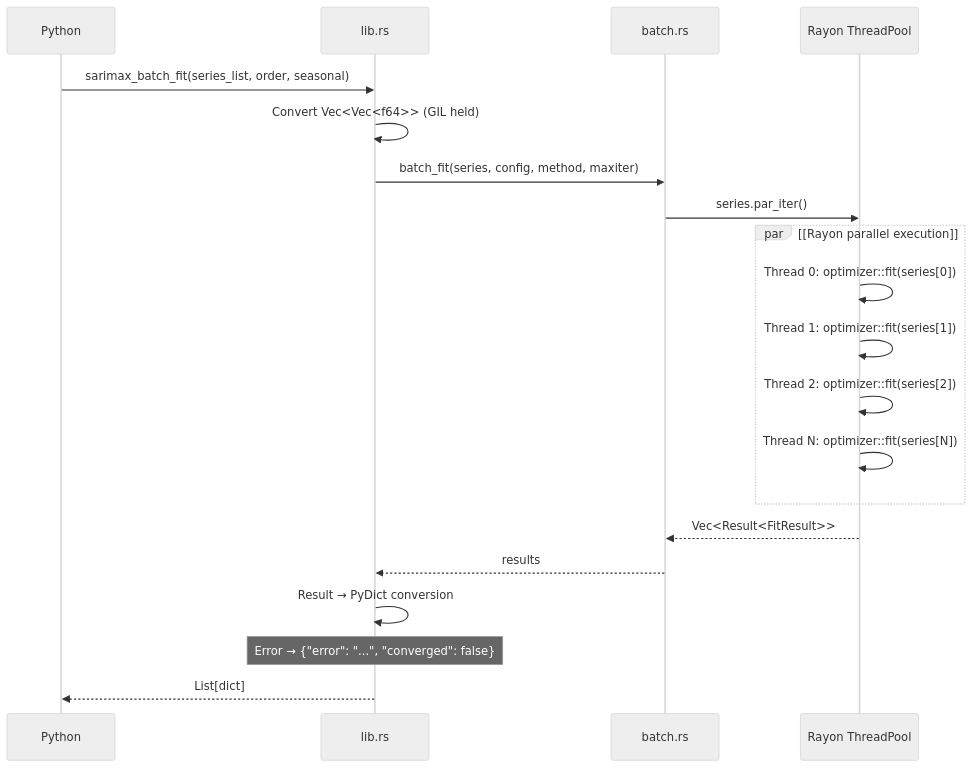
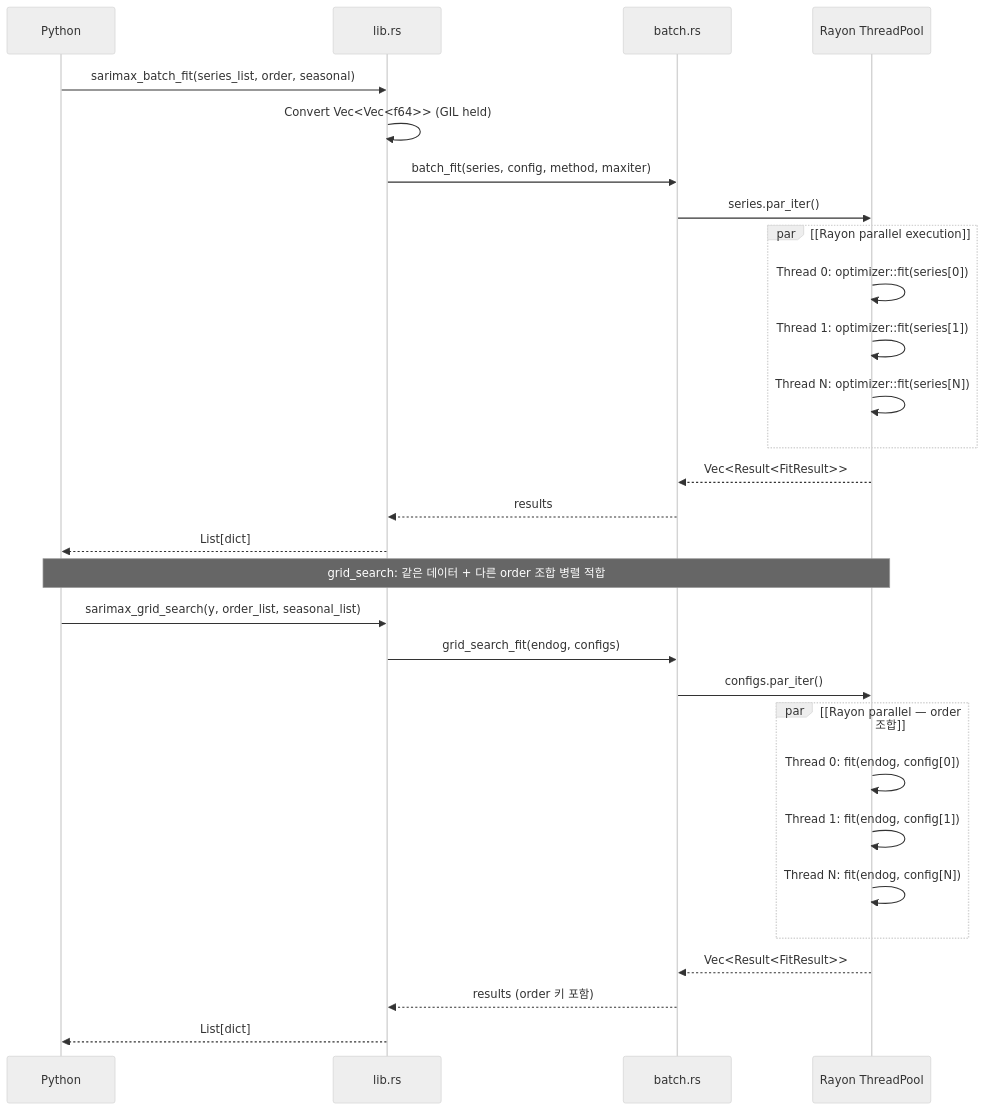
The fourth of 5 diagrams in README.md (zongseung/Rust-python-arima), drawn with Mermaid (neutral theme) before and after one commit. The commit also changed other lines of this file, not shown here.

````diff
--- a/README.md
+++ b/README.md
@@ -311,27 +392,39 @@
 ```mermaid
 sequenceDiagram
     participant P as Python
     participant L as lib.rs
     participant B as batch.rs
     participant R as Rayon ThreadPool
 
     P->>L: sarimax_batch_fit(series_list, order, seasonal)
     L->>L: Convert Vec<Vec<f64>> (GIL held)
     L->>B: batch_fit(series, config, method, maxiter)
 
     B->>R: series.par_iter()
 
     par [Rayon parallel execution]
         R->>R: Thread 0: optimizer::fit(series[0])
         R->>R: Thread 1: optimizer::fit(series[1])
-        R->>R: Thread 2: optimizer::fit(series[2])
         R->>R: Thread N: optimizer::fit(series[N])
     end
 
     R-->>B: Vec<Result<FitResult>>
+    B-->>L: results
+    L-->>P: List[dict]
 
-    B-->>L: results
-    L->>L: Result → PyDict conversion
-    Note over L: Error → {"error": "...", "converged": false}
+    Note over P,R: grid_search: 같은 데이터 + 다른 order 조합 병렬 적합
+
+    P->>L: sarimax_grid_search(y, order_list, seasonal_list)
+    L->>B: grid_search_fit(endog, configs)
+    B->>R: configs.par_iter()
+
+    par [Rayon parallel — order 조합]
+        R->>R: Thread 0: fit(endog, config[0])
+        R->>R: Thread 1: fit(endog, config[1])
+        R->>R: Thread N: fit(endog, config[N])
+    end
+
+    R-->>B: Vec<Result<FitResult>>
+    B-->>L: results (order 키 포함)
     L-->>P: List[dict]
 ```
````
